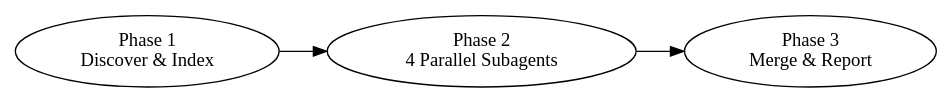
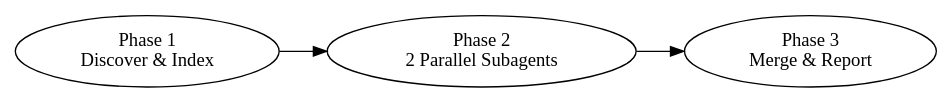
The diagram in plugins/skill-governor/skills/skill-governor/SKILL.md (kabda/my-skills-pocket), drawn with Graphviz before and after one commit. The commit also changed other lines of this file, not shown here.

Commit message:
feat(skill-governor): redesign Phase 1 to use scan.py, reduce to 2 semantic subagents

````diff
--- a/plugins/skill-governor/skills/skill-governor/SKILL.md
+++ b/plugins/skill-governor/skills/skill-governor/SKILL.md
@@ -12,6 +12,6 @@
 ```dot
 digraph phases {
   rankdir=LR;
-  "Phase 1\nDiscover & Index" -> "Phase 2\n4 Parallel Subagents" -> "Phase 3\nMerge & Report";
+  "Phase 1\nDiscover & Index" -> "Phase 2\n2 Parallel Subagents" -> "Phase 3\nMerge & Report";
 }
 ```
````
